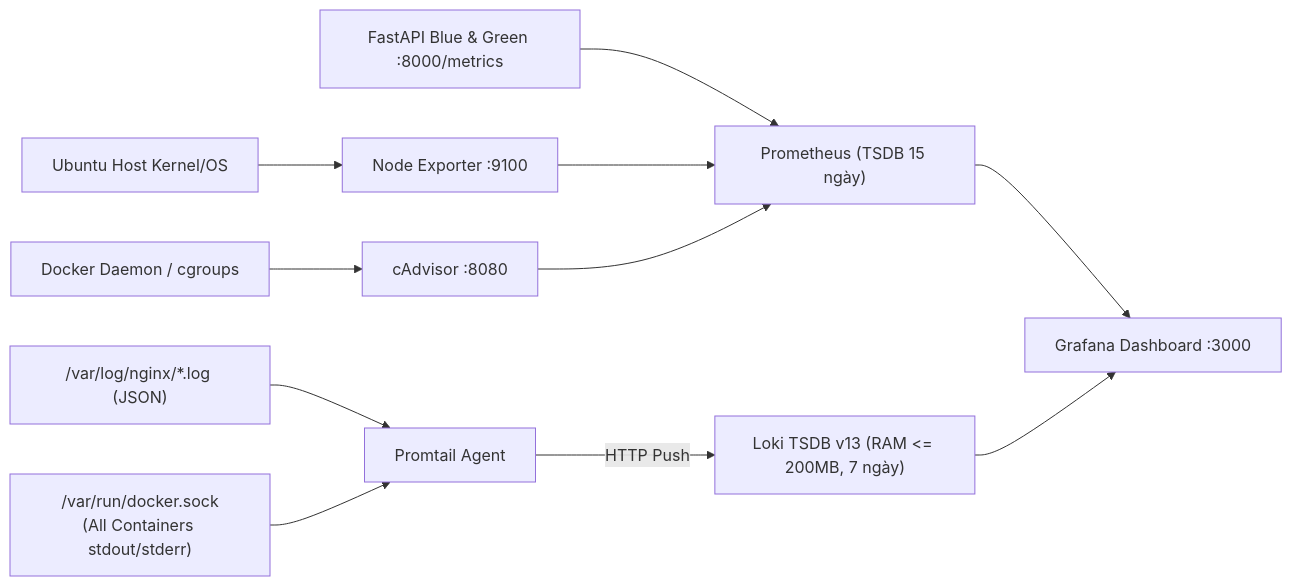
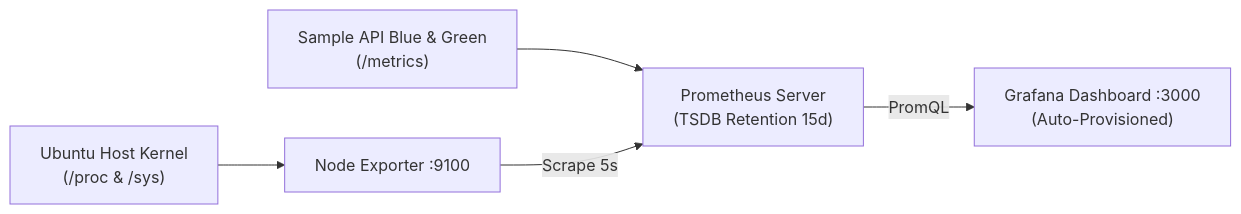
Before and after one commit to IT31072006/linux: the second of 2 diagrams in project_report.md, drawn with Mermaid. The commit also changed other lines of this file and 10 other files, not shown here.

Commit message:
refactor: streamline stack to 2 core services (Nginx HA & Prometheus/Grafana)

````diff
--- a/project_report.md
+++ b/project_report.md
@@ -139,15 +86,7 @@
 ```mermaid
 flowchart LR
-    Host["Ubuntu Host Kernel/OS"] --> NodeExp["Node Exporter :9100"]
-    Docker["Docker Daemon / cgroups"] --> cAdv["cAdvisor :8080"]
-    FastAPI["FastAPI Blue & Green :8000/metrics"] --> Prom["Prometheus (TSDB 15 ngày)"]
-    NodeExp --> Prom
-    cAdv --> Prom
-
-    NginxLogs["/var/log/nginx/*.log (JSON)"] --> Promtail["Promtail Agent"]
-    DockerSock["/var/run/docker.sock\n(All Containers stdout/stderr)"] --> Promtail
-    Promtail -->|"HTTP Push"| Loki["Loki TSDB v13 (RAM <= 200MB, 7 ngày)"]
-
-    Prom --> Grafana["Grafana Dashboard :3000"]
-    Loki --> Grafana
+    Host["Ubuntu Host Kernel\n(/proc & /sys)"] --> NodeExp["Node Exporter :9100"]
+    FastAPI["Sample API Blue & Green\n(/metrics)"] --> Prom["Prometheus Server\n(TSDB Retention 15d)"]
+    NodeExp -->|"Scrape 5s"| Prom
+    Prom -->|"PromQL"| Grafana["Grafana Dashboard :3000\n(Auto-Provisioned)"]
 ```
````
